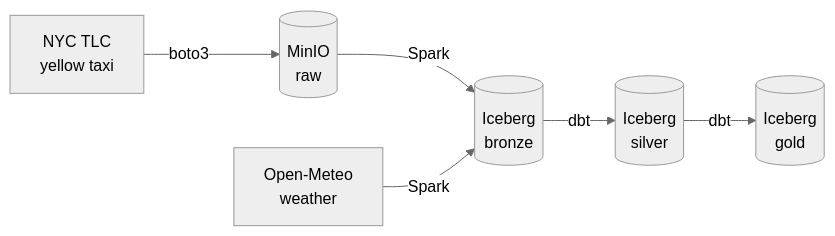
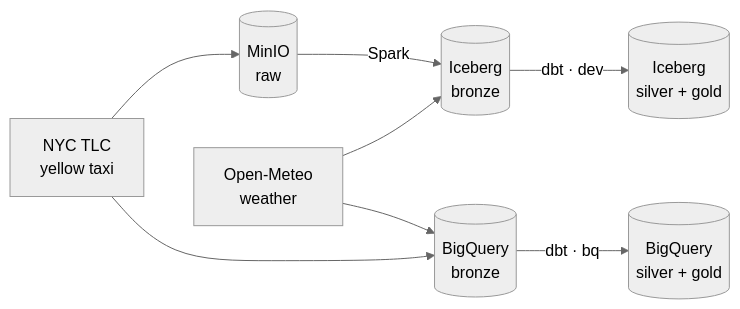
The diagram in README.md (Shubhangi-Mittal/nyc-taxi-weather-lakehouse), drawn with Mermaid (neutral theme) before and after one commit. The commit also changed other lines of this file, not shown here.

````diff
--- a/README.md
+++ b/README.md
@@ -9,8 +18,12 @@
 ```mermaid
 flowchart LR
-    TLC[NYC TLC<br/>yellow taxi] -->|boto3| RAW[(MinIO<br/>raw)]
-    RAW -->|Spark| BRONZE[(Iceberg<br/>bronze)]
-    OM[Open-Meteo<br/>weather] -->|Spark| BRONZE
-    BRONZE -->|dbt| SILVER[(Iceberg<br/>silver)]
-    SILVER -->|dbt| GOLD[(Iceberg<br/>gold)]
+    TLC[NYC TLC<br/>yellow taxi] --> RAW[(MinIO<br/>raw)]
+    OM[Open-Meteo<br/>weather] --> IB
+
+    RAW -->|Spark| IB[(Iceberg<br/>bronze)]
+    IB -->|dbt · dev| LG[(Iceberg<br/>silver + gold)]
+
+    TLC --> BQB[(BigQuery<br/>bronze)]
+    OM --> BQB
+    BQB -->|dbt · bq| BQG[(BigQuery<br/>silver + gold)]
 ```
````
